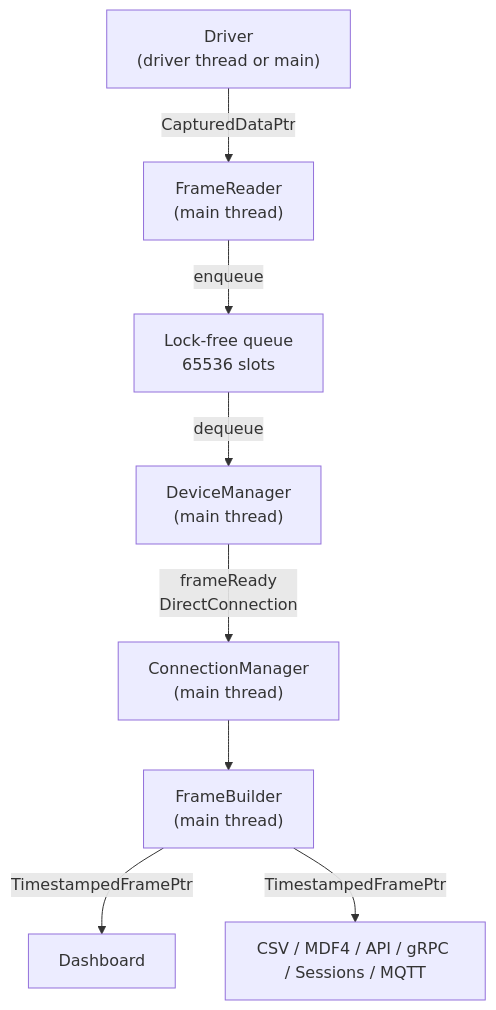
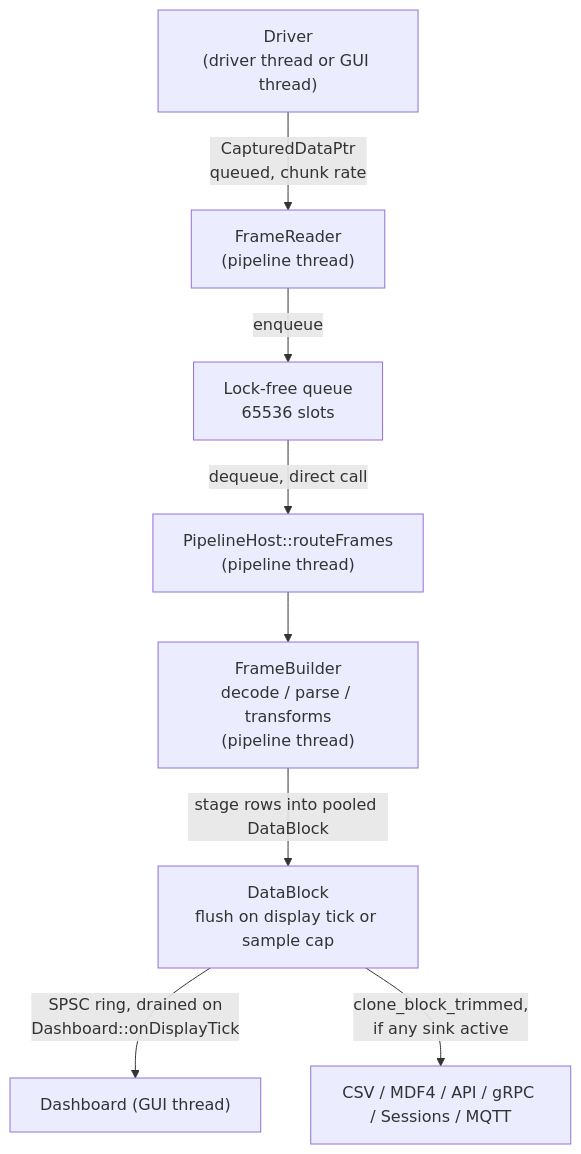
The first of 2 diagrams in doc/help/Data-Hotpath.md (Serial-Studio/Serial-Studio), drawn with Mermaid before and after one commit. The commit also changed other lines of this file and 92 other files, not shown here.

````diff
--- a/doc/help/Data-Hotpath.md
+++ b/doc/help/Data-Hotpath.md
@@ -17,10 +18,10 @@
 ```mermaid
 flowchart TD
-    A["Driver<br/>(driver thread or main)"] -->|CapturedDataPtr| B["FrameReader<br/>(main thread)"]
+    A["Driver<br/>(driver thread or GUI thread)"] -->|CapturedDataPtr<br/>queued, chunk rate| B["FrameReader<br/>(pipeline thread)"]
     B -->|enqueue| Q["Lock-free queue<br/>65536 slots"]
-    Q -->|dequeue| C["DeviceManager<br/>(main thread)"]
-    C -->|frameReady<br/>DirectConnection| D["ConnectionManager<br/>(main thread)"]
-    D --> E["FrameBuilder<br/>(main thread)"]
-    E -->|TimestampedFramePtr| F["Dashboard"]
-    E -->|TimestampedFramePtr| G["CSV / MDF4 / API / gRPC / Sessions / MQTT"]
+    Q -->|dequeue, direct call| R["PipelineHost::routeFrames<br/>(pipeline thread)"]
+    R --> E["FrameBuilder<br/>decode / parse / transforms<br/>(pipeline thread)"]
+    E -->|stage rows into pooled DataBlock| S["DataBlock<br/>flush on display tick or sample cap"]
+    S -->|SPSC ring, drained on<br/>Dashboard::onDisplayTick| F["Dashboard (GUI thread)"]
+    S -->|clone_block_trimmed,<br/>if any sink active| G["CSV / MDF4 / API / gRPC / Sessions / MQTT"]
 ```
````
